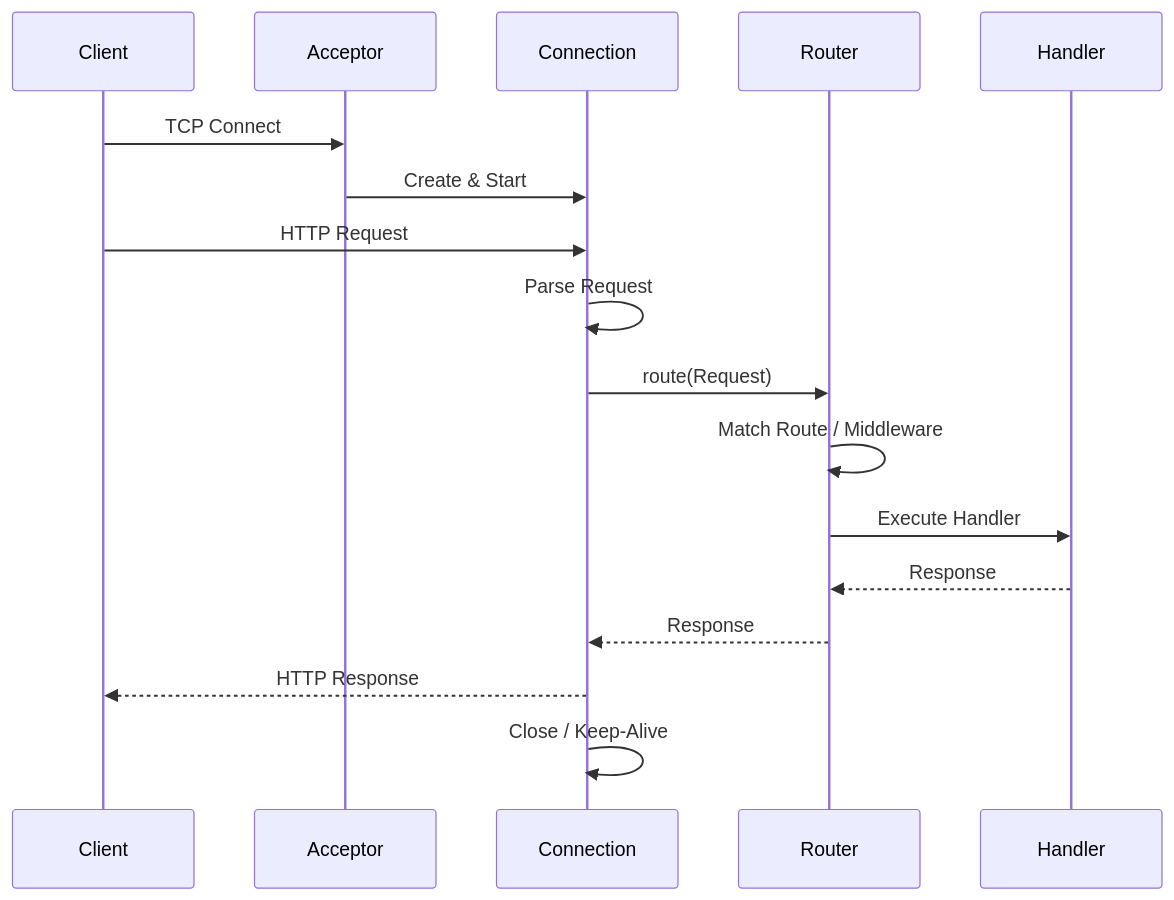
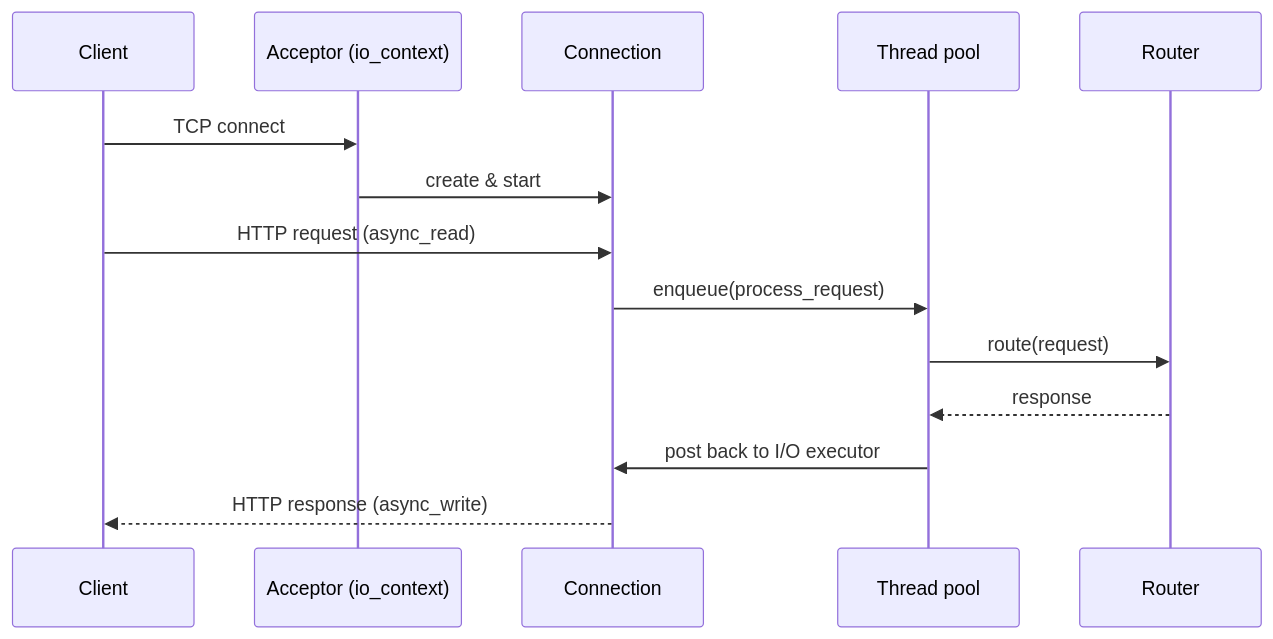
One commit to MedinDev/HTTP_server changed the diagram in README.md. Above: the diagram before and after it, drawn with Mermaid. The commit also changed other lines of this file and 12 other files, not shown here.

First line of the commit message:
fix: commit thread pool sources, repair CI and rewrite README with measured benchmarks

````diff
--- a/README.md
+++ b/README.md
@@ -93,20 +87,17 @@
 ```mermaid
 sequenceDiagram
     participant Client
-    participant Acceptor
-    participant Connection
+    participant Acceptor as Acceptor (io_context)
+    participant Conn as Connection
+    participant Pool as Thread pool
     participant Router
-    participant Handler
 
-    Client->>Acceptor: TCP Connect
-    Acceptor->>Connection: Create & Start
-    Client->>Connection: HTTP Request
-    Connection->>Connection: Parse Request
-    Connection->>Router: route(Request)
-    Router->>Router: Match Route / Middleware
-    Router->>Handler: Execute Handler
-    Handler-->>Router: Response
-    Router-->>Connection: Response
-    Connection-->>Client: HTTP Response
-    Connection->>Connection: Close / Keep-Alive
+    Client->>Acceptor: TCP connect
+    Acceptor->>Conn: create & start
+    Client->>Conn: HTTP request (async_read)
+    Conn->>Pool: enqueue(process_request)
+    Pool->>Router: route(request)
+    Router-->>Pool: response
+    Pool->>Conn: post back to I/O executor
+    Conn-->>Client: HTTP response (async_write)
 ```
````
